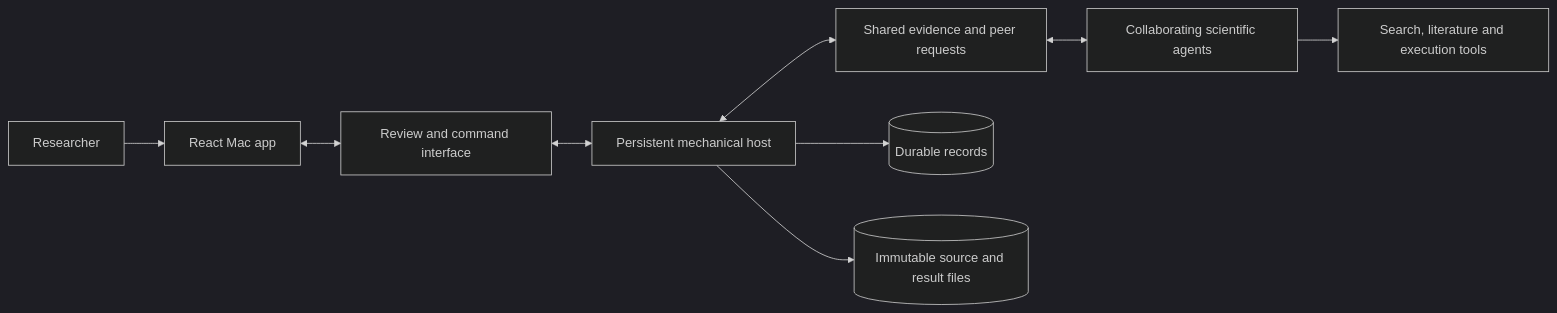
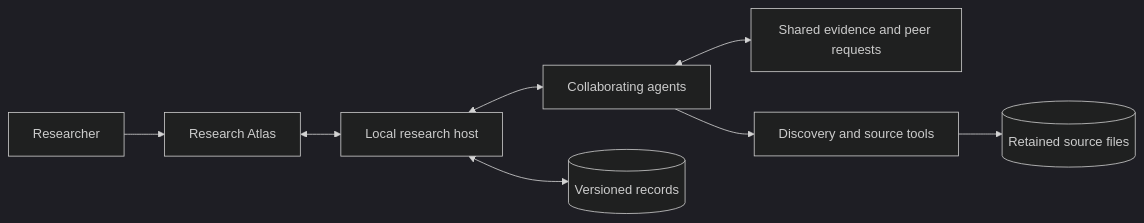
Before and after one commit to anupsharma555/opensource-research-agents: the diagram in README.md, drawn with Mermaid (dark theme). The commit also changed other lines of this file and 272 other files, not shown here.

Commit message:
Publish collaborative research workspace and Research Atlas overview

````diff
--- a/README.md
+++ b/README.md
@@ -80,11 +119,10 @@
 ```mermaid
 flowchart LR
-  Researcher --> App[React Mac app]
-  App <--> API[Review and command interface]
-  API <--> Host[Persistent mechanical host]
-  Host <--> Board[Shared evidence and peer requests]
-  Board <--> Peers[Collaborating scientific agents]
-  Peers --> Sources[Search, literature and execution tools]
-  Host --> State[(Durable records)]
-  Host --> Evidence[(Immutable source and result files)]
+  Researcher --> Atlas[Research Atlas]
+  Atlas <--> Host[Local research host]
+  Host <--> Peers[Collaborating agents]
+  Peers <--> Board[Shared evidence and peer requests]
+  Peers --> Tools[Discovery and source tools]
+  Host <--> State[(Versioned records)]
+  Tools --> Evidence[(Retained source files)]
 ```
````
